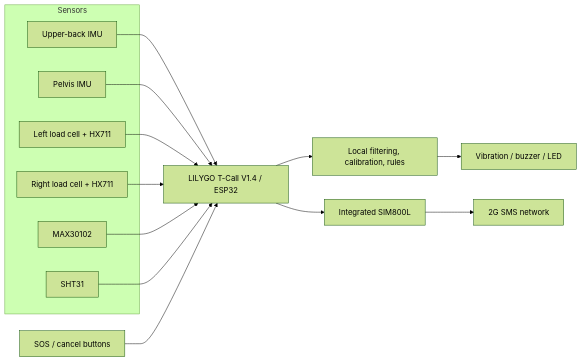
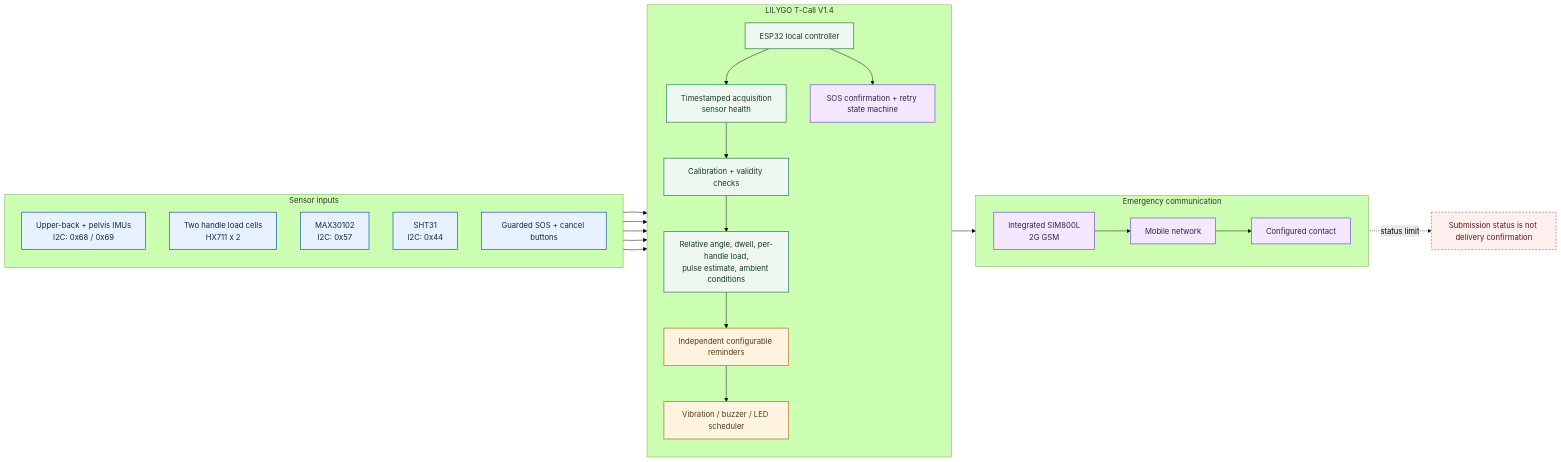
Before and after one commit to tsypchallenge0-afk/amnora: the diagram in diagrams/architecture.mmd, drawn with Mermaid (forest theme). The commit also changed 24 other files, not shown here.

```diff
--- a/diagrams/architecture.mmd
+++ b/diagrams/architecture.mmd
@@ -1,21 +1,51 @@
 flowchart LR
-  subgraph Sensors
-    A[Upper-back IMU]
-    B[Pelvis IMU]
-    C[Left load cell + HX711]
-    D[Right load cell + HX711]
-    E[MAX30102]
-    F[SHT31]
+  classDef sensor fill:#e8f1ff,stroke:#2463a6,color:#102a43,stroke-width:1.5px
+  classDef process fill:#eef8f0,stroke:#2f855a,color:#173b27,stroke-width:1.5px
+  classDef alert fill:#fff4df,stroke:#b7791f,color:#563b12,stroke-width:1.5px
+  classDef comm fill:#f3e8ff,stroke:#805ad5,color:#32224d,stroke-width:1.5px
+  classDef caveat fill:#fff0f0,stroke:#c53030,color:#5a1a1a,stroke-dasharray:4 3
+
+  subgraph INPUTS[Sensor inputs]
+    direction TB
+    IMU[Upper-back + pelvis IMUs<br/>I2C: 0x68 / 0x69]
+    LOAD[Two handle load cells<br/>HX711 x 2]
+    PPG[MAX30102<br/>I2C: 0x57]
+    ENV[SHT31<br/>I2C: 0x44]
+    BUTTONS[Guarded SOS + cancel buttons]
   end
-  A --> G
-  B --> G
-  C --> G
-  D --> G
-  E --> G
-  F --> G
-  G[LILYGO T-Call V1.4 / ESP32]
-  G --> H[Local filtering, calibration, rules]
-  H --> I[Vibration / buzzer / LED]
-  J[SOS / cancel buttons] --> G
-  G --> K[Integrated SIM800L]
-  K --> L[2G SMS network]
+
+  subgraph DEVICE[LILYGO T-Call V1.4]
+    direction TB
+    ESP[ESP32 local controller]
+    ACQ[Timestamped acquisition<br/>sensor health]
+    QUALITY[Calibration + validity checks]
+    FEATURES[Relative angle, dwell, per-handle load,<br/>pulse estimate, ambient conditions]
+    RULES[Independent configurable reminders]
+    SOS[SOS confirmation + retry state machine]
+    FEEDBACK[Vibration / buzzer / LED scheduler]
+    ESP --> ACQ --> QUALITY --> FEATURES --> RULES
+    ESP --> SOS
+    RULES --> FEEDBACK
+  end
+
+  IMU --> ACQ
+  LOAD --> ACQ
+  PPG --> ACQ
+  ENV --> ACQ
+  BUTTONS --> SOS
+
+  subgraph COMMS[Emergency communication]
+    direction LR
+    MODEM[Integrated SIM800L<br/>2G GSM]
+    NETWORK[Mobile network]
+    PERSON[Configured contact]
+    MODEM --> NETWORK --> PERSON
+  end
+  SOS --> MODEM
+  RESULT[Submission status is not delivery confirmation]:::caveat
+  MODEM -. status limit .-> RESULT
+
+  class IMU,LOAD,PPG,ENV,BUTTONS sensor
+  class ESP,ACQ,QUALITY,FEATURES process
+  class RULES,FEEDBACK alert
+  class SOS,MODEM,NETWORK,PERSON comm
```
